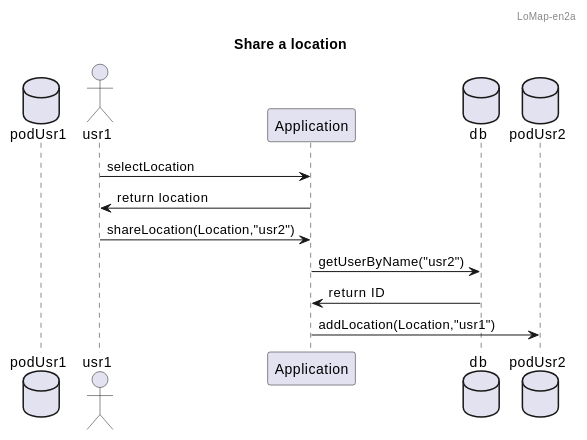
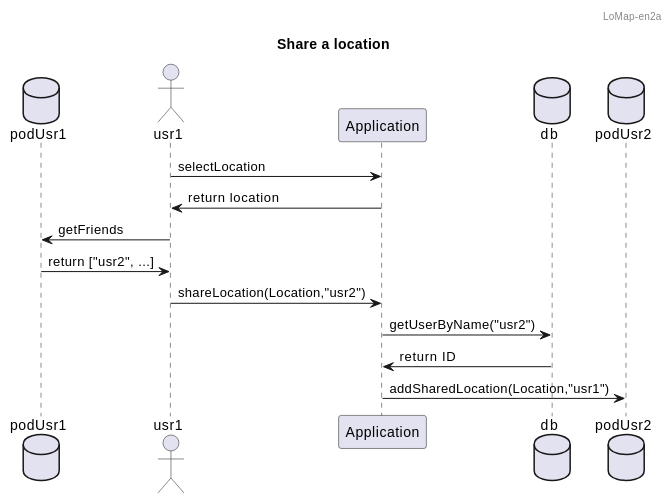
The fifth of 5 diagrams in docs/06_runtime_view.adoc (Arquisoft/lomap_en2a), drawn with PlantUML before and after one commit. The commit also changed other lines of this file, not shown here.

Commit message:
Small changes in last diagram

```diff
--- a/docs/06_runtime_view.adoc
+++ b/docs/06_runtime_view.adoc
@@ -126,23 +125,25 @@
 [plantuml,"Share a location with friends",png]
 ----
 @startuml
 
 header LoMap-en2a
 
 title Share a location
 
 database podUsr1
 actor usr1
 
 usr1 -> Application : selectLocation
 Application -> usr1 : return location
+usr1 -> podUsr1 : getFriends
+podUsr1 ->usr1 : return ["usr2", ...]
 usr1 -> Application : shareLocation(Location,"usr2")
 database db
 Application -> db : getUserByName("usr2")
 db -> Application : return ID
 
 database podUsr2
-Application -> podUsr2 : addLocation(Location,"usr1")
+Application -> podUsr2 : addSharedLocation(Location,"usr1")
 
 @enduml
 ----
```
